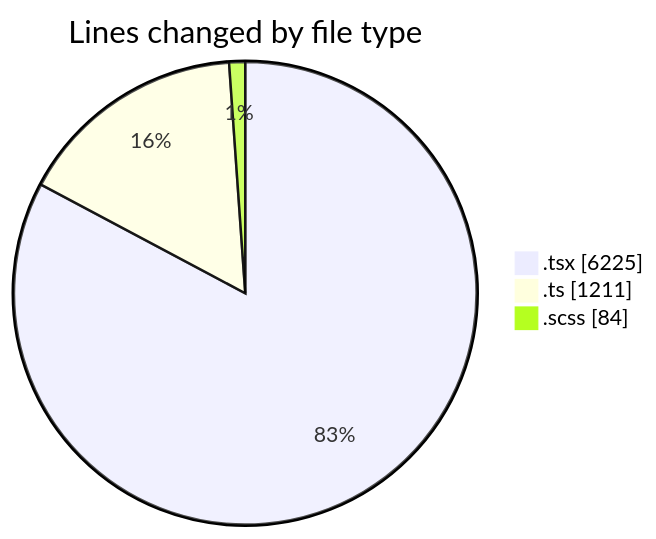
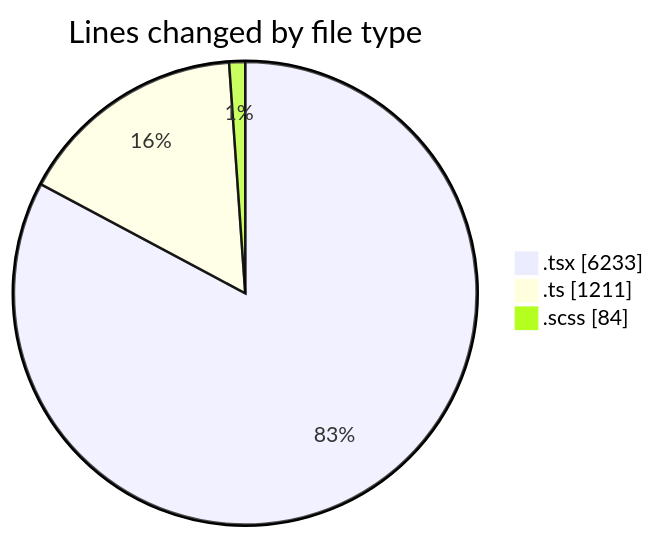
Before and after one commit to momahboobian/code-tracking: the first of 2 diagrams in 2025-07-02/cda/README.md, drawn with Mermaid. The commit also changed other lines of this file and 1 other file, not shown here.

````diff
--- a/2025-07-02/cda/README.md
+++ b/2025-07-02/cda/README.md
@@ -38,7 +38,7 @@
 ```mermaid
 pie showData
 title Lines changed by file type
-".tsx" : 6225
+".tsx" : 6233
 ".ts" : 1211
 ".scss" : 84
 ```
````
